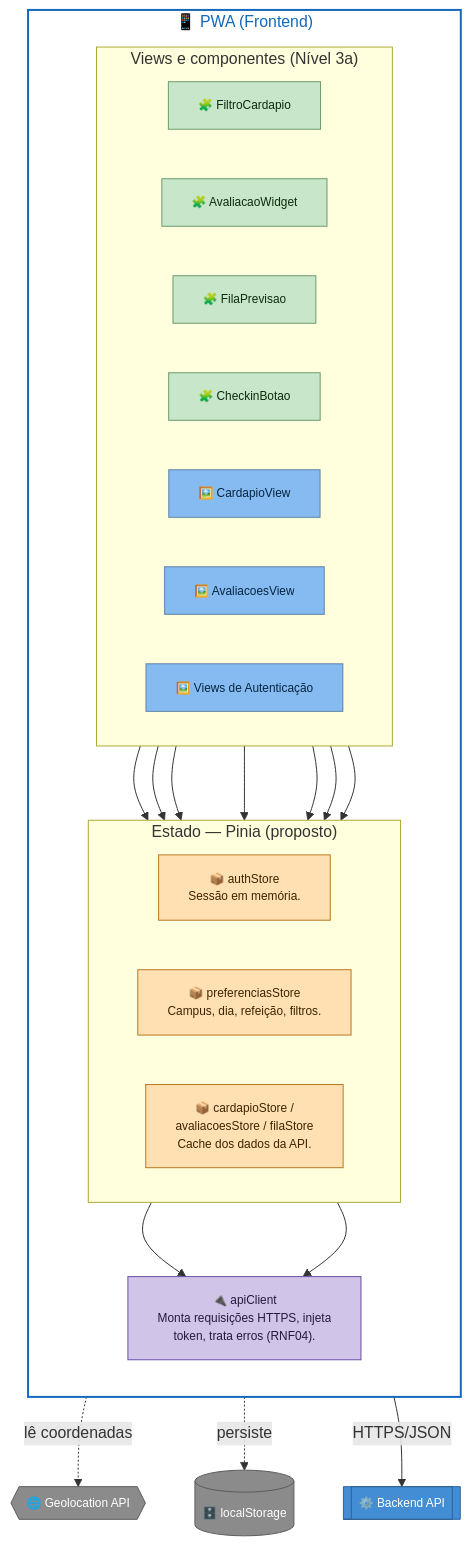
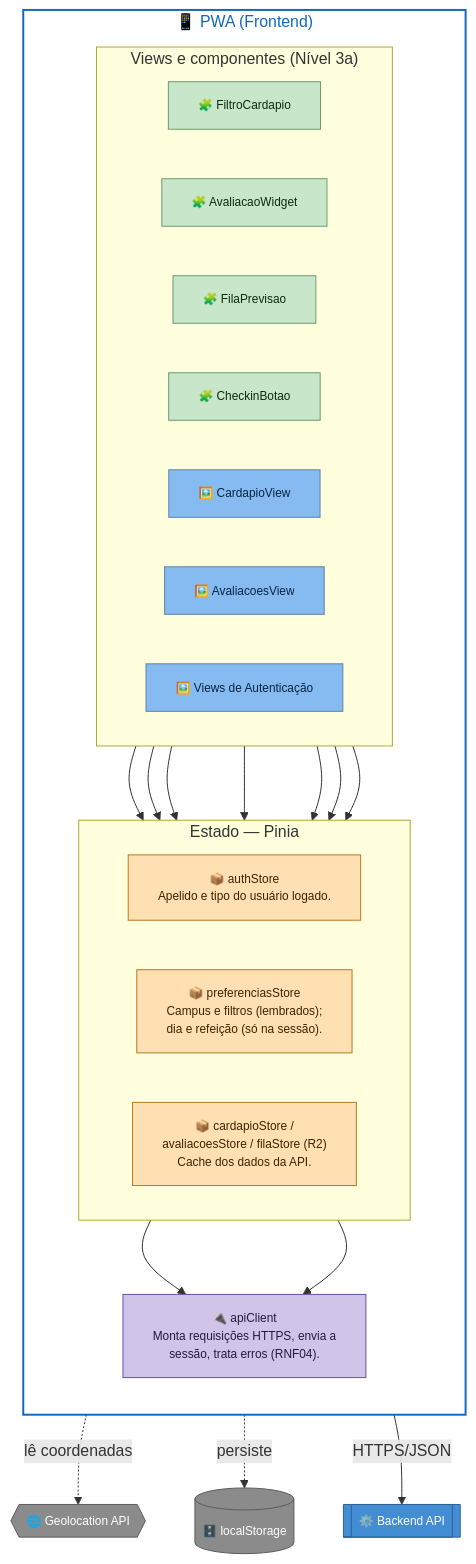
One commit to unb-mds/2026-2-Bandejao-UnB changed the second of 6 diagrams in docs/arquitetura/front-end/c4-niveis-3-4-frontend-bandejao.md. Above: the diagram before and after it, drawn with Mermaid. The commit also changed other lines of this file, not shown here.

Commit message:
docs: atualiza o C4 do frontend com o estado real da Release 1 e as decisões de sessão e contrato

````diff
--- a/docs/arquitetura/front-end/c4-niveis-3-4-frontend-bandejao.md
+++ b/docs/arquitetura/front-end/c4-niveis-3-4-frontend-bandejao.md
@@ -126,66 +146,67 @@
 ```mermaid
 flowchart TB
   subgraph frontend["📱 PWA (Frontend)"]
     direction TB
     subgraph origem["Views e componentes (Nível 3a)"]
       direction LR
       filtroCardapio["🧩 FiltroCardapio"]
       avaliacaoWidget["🧩 AvaliacaoWidget"]
       filaPrevisao["🧩 FilaPrevisao"]
       checkinBotao["🧩 CheckinBotao"]
       cardapioView["🖼️ CardapioView"]
       avaliacoesView["🖼️ AvaliacoesView"]
       authViews["🖼️ Views de Autenticação"]
     end
 
-    subgraph stores["Estado — Pinia (proposto)"]
+    subgraph stores["Estado — Pinia"]
       direction LR
       authStore["📦 authStore
-Sessão em memória."]
+Apelido e tipo do usuário logado."]
       preferenciasStore["📦 preferenciasStore
-Campus, dia, refeição, filtros."]
+Campus e filtros (lembrados);
+dia e refeição (só na sessão)."]
       dadosStore["📦 cardapioStore /
-avaliacoesStore / filaStore
+avaliacoesStore / filaStore (R2)
 Cache dos dados da API."]
     end
 
     apiClient["🔌 apiClient
-Monta requisições HTTPS, injeta
-token, trata erros (RNF04)."]
+Monta requisições HTTPS, envia a
+sessão, trata erros (RNF04)."]
   end
 
   geo{{"🌐 Geolocation API"}}
   localstorage[("🗄️ localStorage")]
   backend[["⚙️ Backend API"]]
 
   filtroCardapio --> preferenciasStore
   authViews --> authStore
   cardapioView --> dadosStore
   avaliacaoWidget --> dadosStore
   filaPrevisao --> dadosStore
   avaliacoesView --> dadosStore
   checkinBotao --> dadosStore
   checkinBotao -.->|"lê coordenadas"| geo
 
   preferenciasStore -.->|"persiste"| localstorage
 
   authStore --> apiClient
   dadosStore --> apiClient
   apiClient -->|"HTTPS/JSON"| backend
 
   classDef view fill:#85bbf0,stroke:#5d82a8,color:#082542,font-size:12px
   classDef component fill:#c8e6c9,stroke:#6b9b6e,color:#0d2b0e,font-size:12px
   classDef store fill:#ffe0b2,stroke:#b8781f,color:#3d2400,font-size:12px
   classDef service fill:#d1c4e9,stroke:#6a4ea8,color:#241a3d,font-size:12px
   classDef external fill:#8b8b8b,stroke:#5c5c5c,color:#fff,font-size:12px
   classDef container fill:#438dd5,stroke:#2e6295,color:#fff,font-size:12px
   classDef boundary fill:#ffffff,stroke:#1168bd,stroke-width:2px,color:#1168bd
 
   class cardapioView,avaliacoesView,authViews view
   class filtroCardapio,avaliacaoWidget,filaPrevisao,checkinBotao component
   class authStore,preferenciasStore,dadosStore store
   class apiClient service
   class geo,localstorage external
   class backend container
   class frontend boundary
 ```
````
